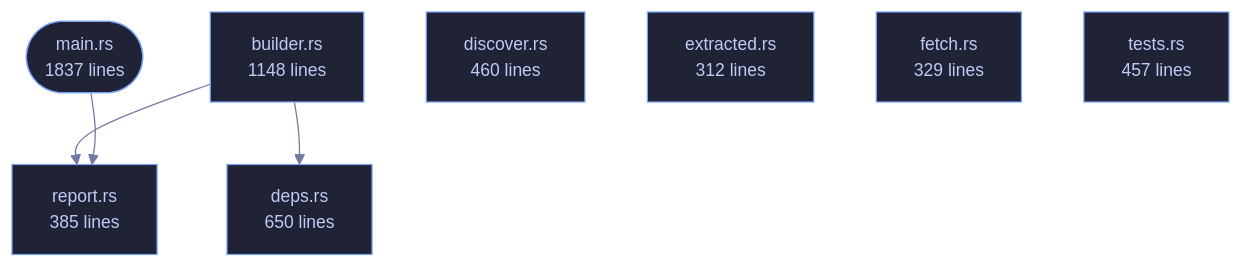
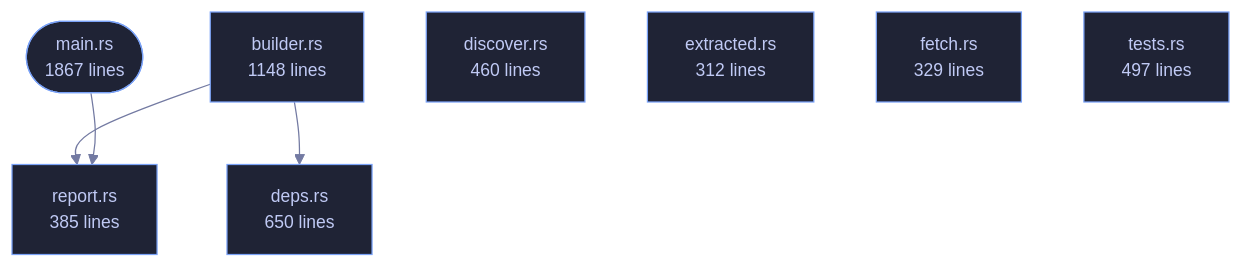
The diagram in crates/veilvoice-verify/README.md (tilas01/veilvoice), drawn with Mermaid before and after one commit. The commit also changed other lines of this file and 23 other files, not shown here.

````diff
--- a/crates/veilvoice-verify/README.md
+++ b/crates/veilvoice-verify/README.md
@@ -93,23 +93,23 @@
 ```mermaid
 %%{init: {"theme":"base","themeVariables":{"background":"#1a1b26","primaryColor":"#1f2335","primaryTextColor":"#c0caf5","primaryBorderColor":"#7aa2f7","secondaryColor":"#16161e","tertiaryColor":"#16161e","lineColor":"#737aa2","textColor":"#c0caf5","mainBkg":"#1f2335","nodeBorder":"#7aa2f7","clusterBkg":"#16161e","clusterBorder":"#2f3549","fontFamily":"ui-monospace, SFMono-Regular, Consolas, monospace","fontSize":"14px"}}}%%
 flowchart TD
-    n_main(["main.rs<br/>1837 lines"])
+    n_main(["main.rs<br/>1867 lines"])
     n_builder["builder.rs<br/>1148 lines"]
     n_deps["deps.rs<br/>650 lines"]
     n_discover["discover.rs<br/>460 lines"]
     n_extracted["extracted.rs<br/>312 lines"]
     n_fetch["fetch.rs<br/>329 lines"]
     n_report["report.rs<br/>385 lines"]
-    n_tests["tests.rs<br/>457 lines"]
+    n_tests["tests.rs<br/>497 lines"]
     n_builder --> n_deps
     n_builder --> n_report
     n_main --> n_report
     click n_main href "https://github.com/tilas01/veilvoice/blob/main/crates/veilvoice-verify/src/main.rs" "open the source"
     click n_builder href "https://github.com/tilas01/veilvoice/blob/main/crates/veilvoice-verify/src/builder.rs" "open the source"
     click n_deps href "https://github.com/tilas01/veilvoice/blob/main/crates/veilvoice-verify/src/deps.rs" "open the source"
     click n_discover href "https://github.com/tilas01/veilvoice/blob/main/crates/veilvoice-verify/src/discover.rs" "open the source"
     click n_extracted href "https://github.com/tilas01/veilvoice/blob/main/crates/veilvoice-verify/src/extracted.rs" "open the source"
     click n_fetch href "https://github.com/tilas01/veilvoice/blob/main/crates/veilvoice-verify/src/fetch.rs" "open the source"
     click n_report href "https://github.com/tilas01/veilvoice/blob/main/crates/veilvoice-verify/src/report.rs" "open the source"
     click n_tests href "https://github.com/tilas01/veilvoice/blob/main/crates/veilvoice-verify/src/tests.rs" "open the source"
 ```
````
